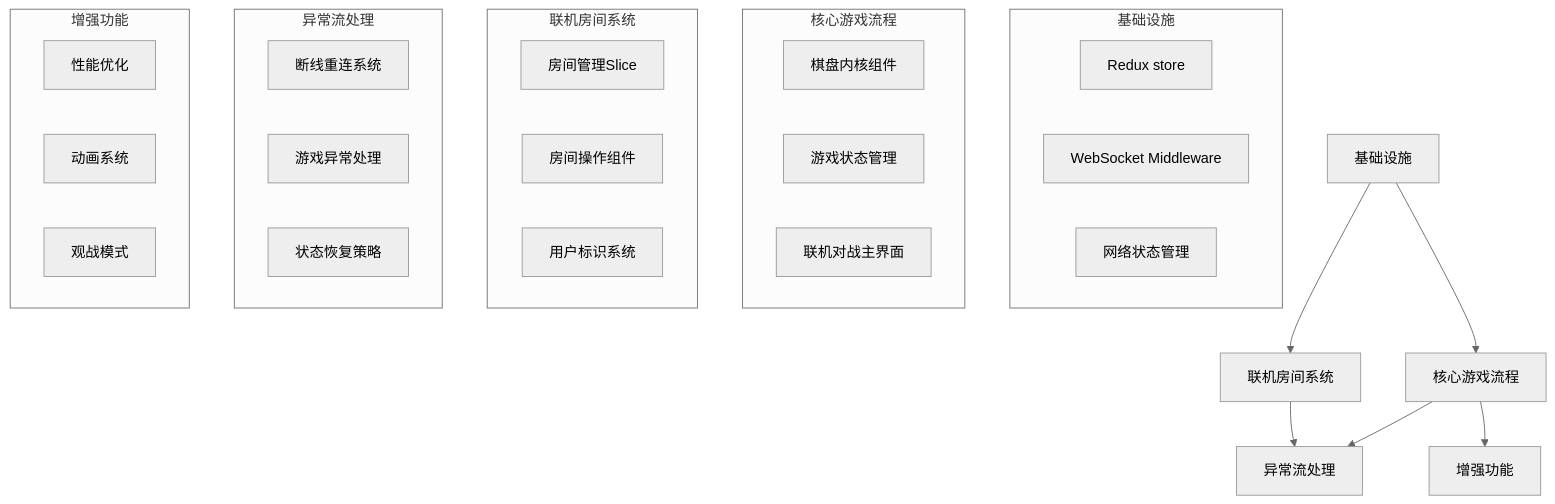
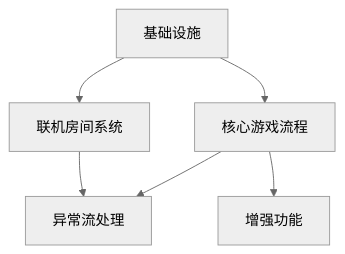
The diagram in gomoku-client/docs/development-plan.md (dogedodge/web-gomoku), drawn with Mermaid (neutral theme) before and after one commit.

````diff
--- a/gomoku-client/docs/development-plan.md
+++ b/gomoku-client/docs/development-plan.md
@@ -5,38 +5,8 @@
 ```mermaid
 graph TD
     A[基础设施] --> B[核心游戏流程]
     A --> C[联机房间系统]
     B --> D[异常流处理]
     C --> D
     B --> E[增强功能]
-
-    subgraph 基础设施
-        A1[Redux store]
-        A2[WebSocket Middleware]
-        A3[网络状态管理]
-    end
-
-    subgraph 核心游戏流程
-        B1[棋盘内核组件]
-        B2[游戏状态管理]
-        B3[联机对战主界面]
-    end
-
-    subgraph 联机房间系统
-        C1[房间管理Slice]
-        C2[房间操作组件]
-        C3[用户标识系统]
-    end
-
-    subgraph 异常流处理
-        D1[断线重连系统]
-        D2[游戏异常处理]
-        D3[状态恢复策略]
-    end
-
-    subgraph 增强功能
-        E1[性能优化]
-        E2[动画系统]
-        E3[观战模式]
-    end
 ```
````
